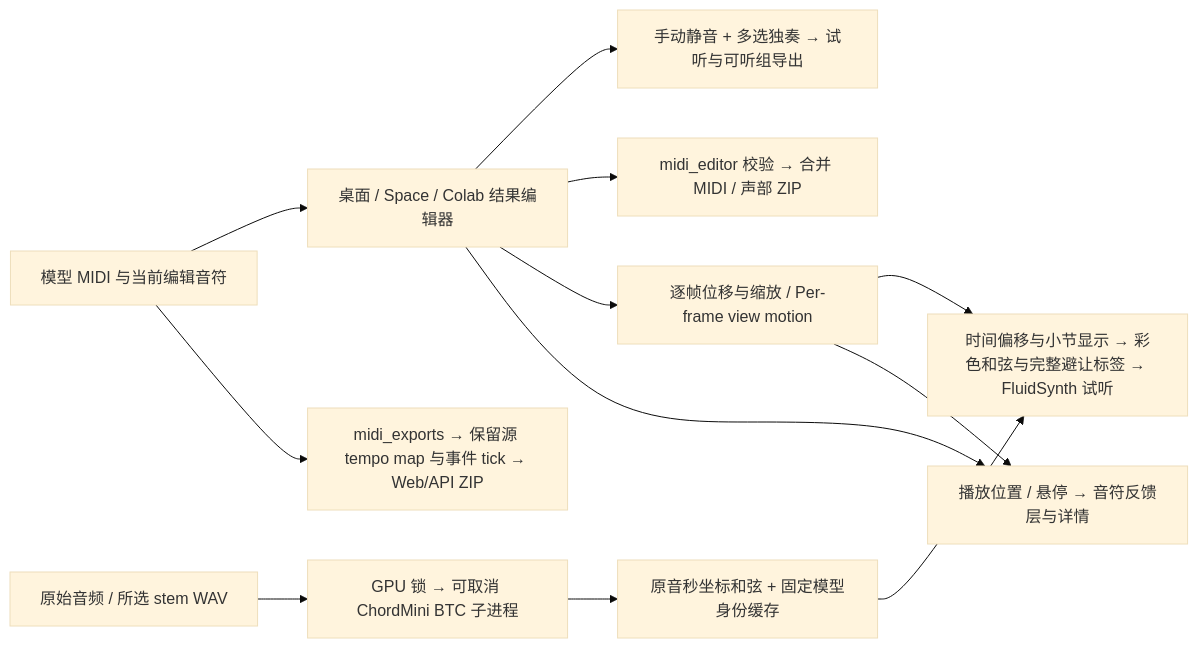
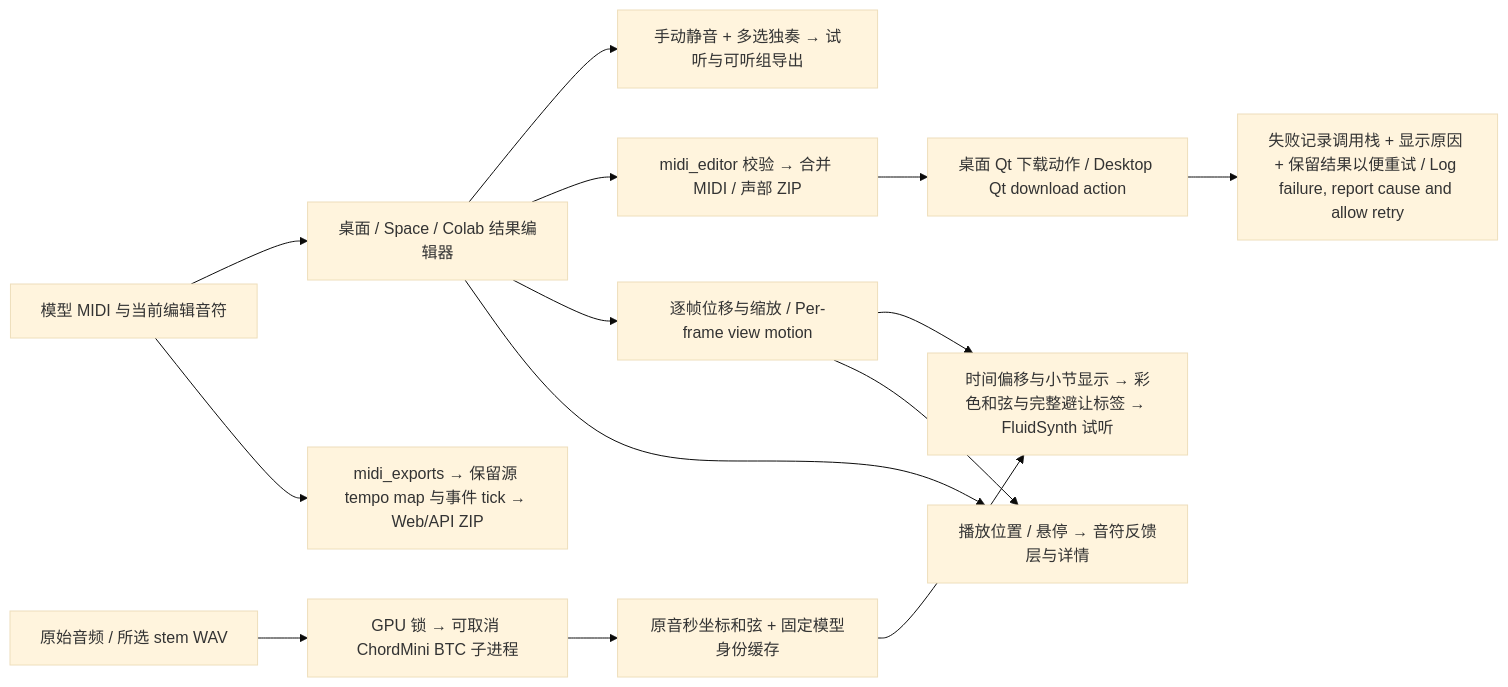
The diagram in docs/soundfont-and-sheet-music.md (mason369/music-to-midi), drawn with Mermaid (base theme) before and after one commit. The commit also changed other lines of this file and 6 other files, not shown here.

First line of the commit message:
fix: keep desktop downloads alive on export errors

````diff
--- a/docs/soundfont-and-sheet-music.md
+++ b/docs/soundfont-and-sheet-music.md
@@ -21,14 +22,16 @@
 ```mermaid
 flowchart LR
     MIDI[模型 MIDI 与当前编辑音符] --> Editor[桌面 / Space / Colab 结果编辑器]
     Editor --> Mix[手动静音 + 多选独奏 → 试听与可听组导出]
     Editor --> Export[midi_editor 校验 → 合并 MIDI / 声部 ZIP]
+    Export --> Download[桌面 Qt 下载动作 / Desktop Qt download action]
+    Download --> Failure[失败记录调用栈 + 显示原因 + 保留结果以便重试 / Log failure, report cause and allow retry]
     Audio[原始音频 / 所选 stem WAV] --> Worker[GPU 锁 → 可取消 ChordMini BTC 子进程]
     Worker --> Native[原音秒坐标和弦 + 固定模型身份缓存]
     Native --> Chords[时间偏移与小节显示 → 彩色和弦与完整避让标签 → FluidSynth 试听]
     Editor --> View[逐帧位移与缩放 / Per-frame view motion]
     View --> Chords
     View --> Feedback[播放位置 / 悬停 → 音符反馈层与详情]
     Editor --> Feedback
     MIDI --> API[midi_exports → 保留源 tempo map 与事件 tick → Web/API ZIP]
 ```
````
